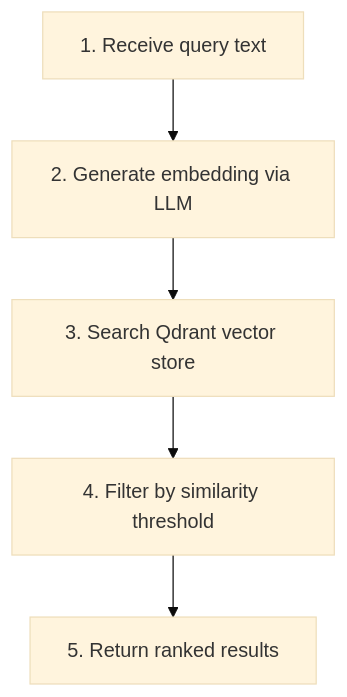
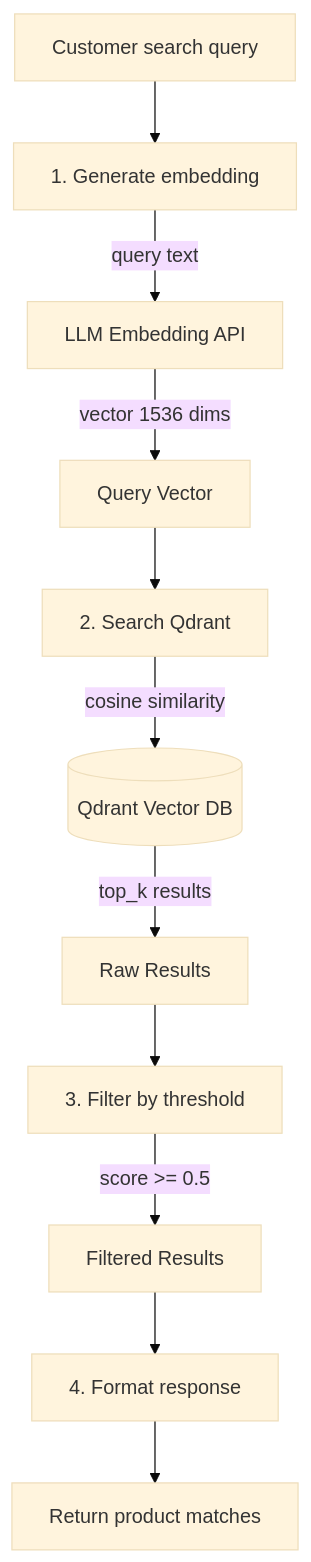
The first of 2 diagrams in docs/multi-agent-systems/modules/tools/knowledge_retrieval/vectordb/search.md (mhokchuekchuek/mtl_agent), drawn with Mermaid (base theme) before and after one commit. The commit also changed other lines of this file and 2 other files, not shown here.

First line of the commit message:
docs(tools): add detailed flow diagrams for VectorDB and Visualization tools

````diff
--- a/docs/multi-agent-systems/modules/tools/knowledge_retrieval/vectordb/search.md
+++ b/docs/multi-agent-systems/modules/tools/knowledge_retrieval/vectordb/search.md
@@ -35,7 +23,18 @@
 ```mermaid
 flowchart TD
-    A[1. Receive query text] --> B[2. Generate embedding via LLM]
-    B --> C[3. Search Qdrant vector store]
-    C --> D[4. Filter by similarity threshold]
-    D --> E[5. Return ranked results]
+    START[Customer search query] --> EMBED[1. Generate embedding]
+    
+    EMBED --> |query text| LLM[LLM Embedding API]
+    LLM --> |vector 1536 dims| VECTOR[Query Vector]
+    
+    VECTOR --> SEARCH[2. Search Qdrant]
+    SEARCH --> |cosine similarity| QDRANT[(Qdrant Vector DB)]
+    
+    QDRANT --> |top_k results| RAW[Raw Results]
+    
+    RAW --> FILTER[3. Filter by threshold]
+    FILTER --> |score >= 0.5| FILTERED[Filtered Results]
+    
+    FILTERED --> FORMAT[4. Format response]
+    FORMAT --> RESULTS[Return product matches]
 ```
````
